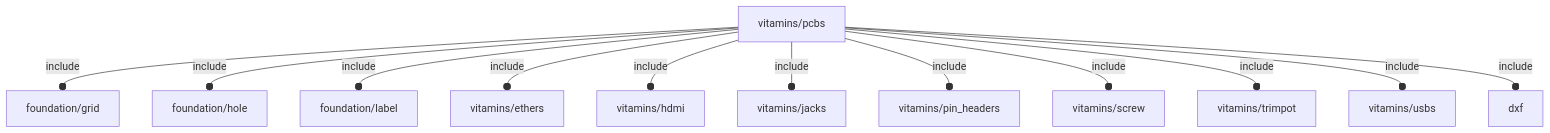
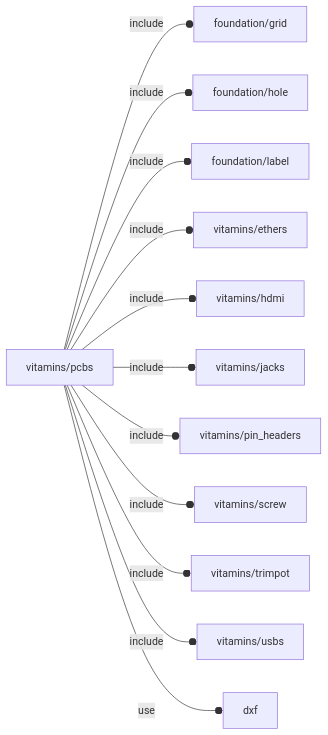
One commit to ggabbiani/OFL changed the diagram in orthodocs/vitamins/pcbs.md. Above: the diagram before and after it, drawn with Mermaid. The commit also changed 1 other file, not shown here.

````diff
--- a/orthodocs/vitamins/pcbs.md
+++ b/orthodocs/vitamins/pcbs.md
@@ -6,14 +6,14 @@
 ```mermaid
-graph TD
+graph LR
     A1[vitamins/pcbs] --o|include| A2[foundation/grid]
     A1 --o|include| A3[foundation/hole]
     A1 --o|include| A4[foundation/label]
     A1 --o|include| A5[vitamins/ethers]
     A1 --o|include| A6[vitamins/hdmi]
     A1 --o|include| A7[vitamins/jacks]
     A1 --o|include| A8[vitamins/pin_headers]
     A1 --o|include| A9[vitamins/screw]
     A1 --o|include| A10[vitamins/trimpot]
     A1 --o|include| A11[vitamins/usbs]
-    A1 --o|include| A12[dxf]
+    A1 --o|use| A12[dxf]
 ```
````
